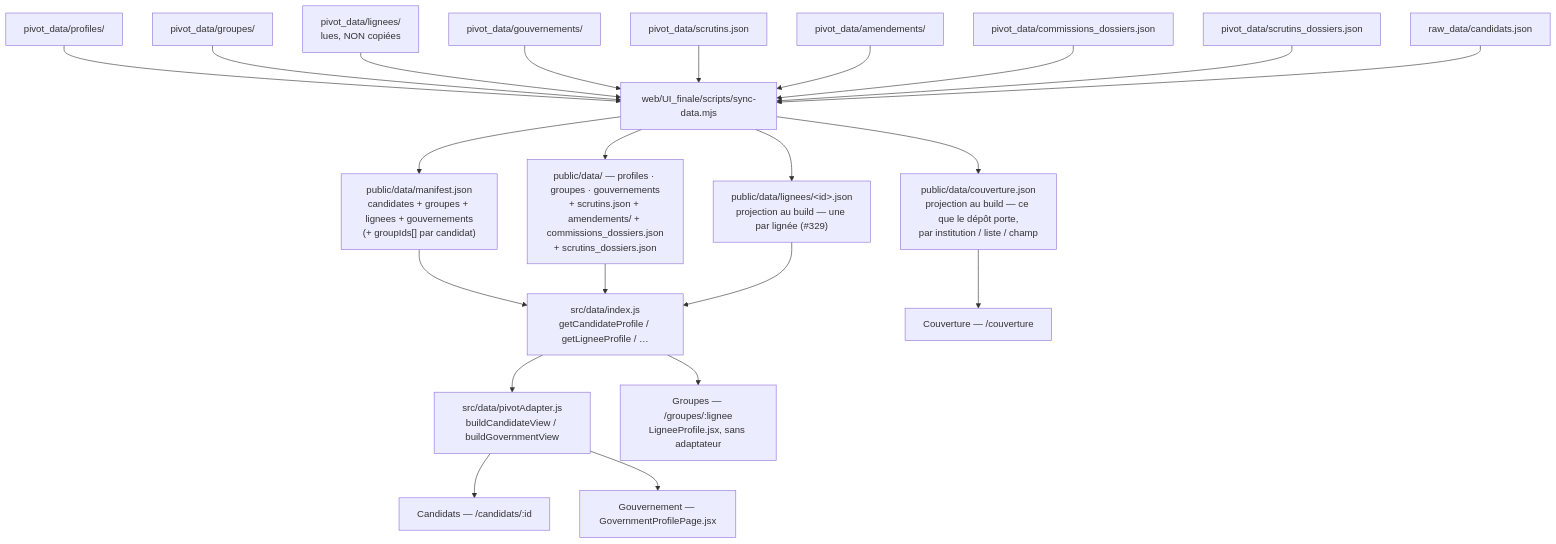
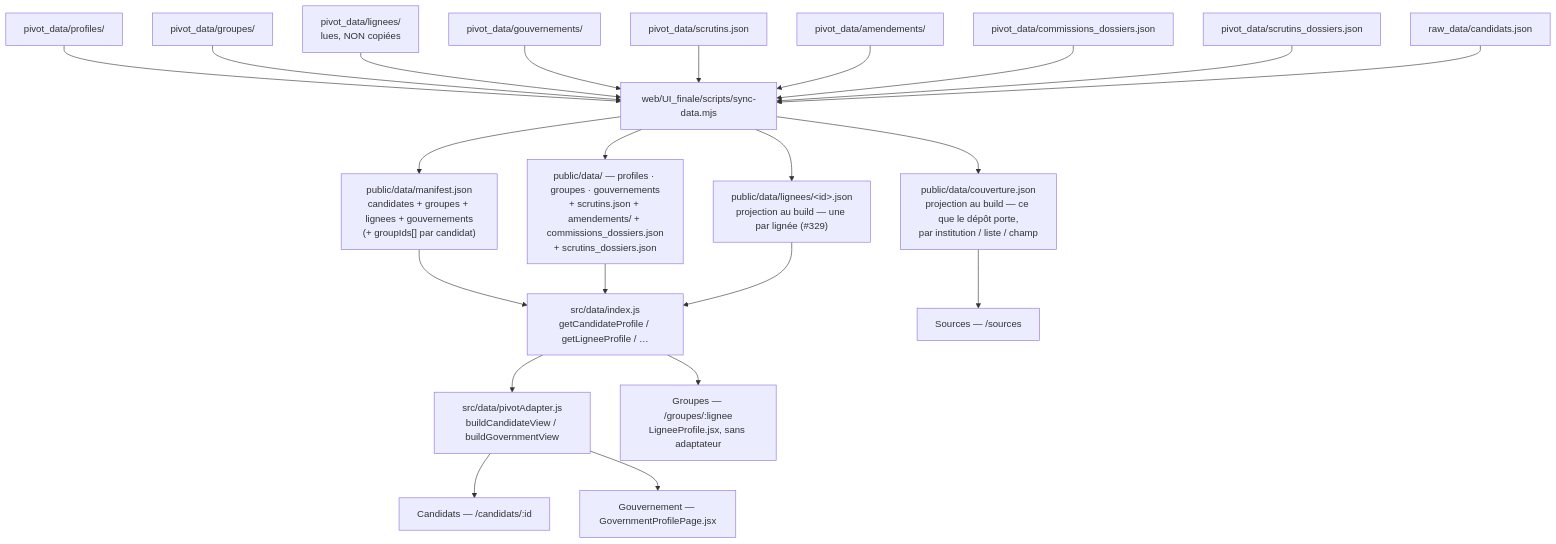
Before and after one commit to stephieED/Empreinte-politique-src: the second of 2 diagrams in docs/data-architecture.md, drawn with Mermaid. The commit also changed 23 other files, not shown here.

First line of the commit message:
feat(#951) : /couverture devient /sources, ouverte par le schéma de ce que chaque source apporte

````diff
--- a/docs/data-architecture.md
+++ b/docs/data-architecture.md
@@ -826,26 +826,26 @@
 ```mermaid
 graph TD
     PIV["pivot_data/profiles/"] --> SYNC["web/UI_finale/scripts/sync-data.mjs"]
     PGR["pivot_data/groupes/"] --> SYNC
     PLI["pivot_data/lignees/<br/>lues, NON copiées"] --> SYNC
     PGO["pivot_data/gouvernements/"] --> SYNC
     SCR["pivot_data/scrutins.json"] --> SYNC
     AMD["pivot_data/amendements/"] --> SYNC
     COM["pivot_data/commissions_dossiers.json"] --> SYNC
     SDO["pivot_data/scrutins_dossiers.json"] --> SYNC
     CAND["raw_data/candidats.json"] --> SYNC
 
     SYNC --> MAN["public/data/manifest.json<br/>candidates + groupes + lignees + gouvernements<br/>(+ groupIds[] par candidat)"]
     SYNC --> PUB["public/data/ — profiles · groupes · gouvernements<br/>+ scrutins.json + amendements/ + commissions_dossiers.json<br/>+ scrutins_dossiers.json"]
     SYNC --> CVR["public/data/couverture.json<br/>projection au build — ce que le dépôt porte,<br/>par institution / liste / champ"]
     SYNC --> VLI["public/data/lignees/&lt;id&gt;.json<br/>projection au build — une par lignée (#329)"]
 
     MAN --> IDX["src/data/index.js<br/>getCandidateProfile / getLigneeProfile / …"]
     PUB --> IDX
     VLI --> IDX
     IDX --> ADP["src/data/pivotAdapter.js<br/>buildCandidateView / buildGovernmentView"]
     ADP --> VC["Candidats — /candidats/:id"]
     IDX --> VG["Groupes — /groupes/:lignee<br/>LigneeProfile.jsx, sans adaptateur"]
     ADP --> VO["Gouvernement — GovernmentProfilePage.jsx"]
-    CVR --> VCV["Couverture — /couverture"]
+    CVR --> VCV["Sources — /sources"]
 ```
````
